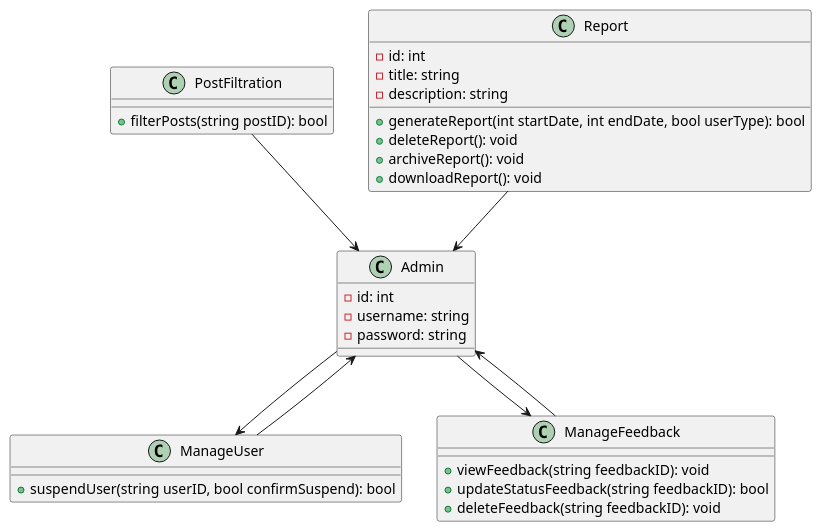
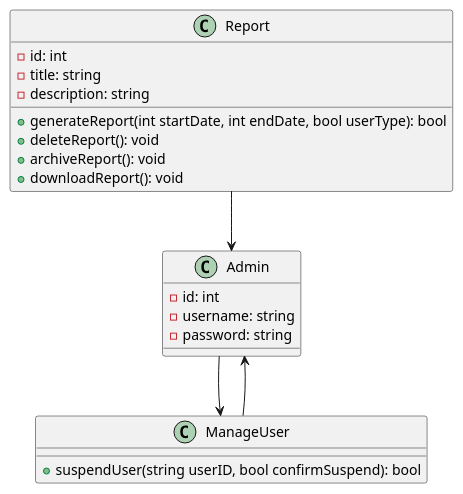
Before and after one commit to drshahizan/software-engineering: the diagram in project/drawio/Systema/SDD/AdminReportingModuke/admin_reporting_classdiagram.plantuml, drawn with PlantUML. The commit also changed 3 other files, not shown here.

```diff
--- a/project/drawio/Systema/SDD/AdminReportingModuke/admin_reporting_classdiagram.plantuml
+++ b/project/drawio/Systema/SDD/AdminReportingModuke/admin_reporting_classdiagram.plantuml
@@ -1,40 +1,27 @@
-@startuml admin_reporting_classdiagram
+@startuml
 class Admin {
     - id: int
     - username: string
     - password: string
   }
 
   class ManageUser {
     + suspendUser(string userID, bool confirmSuspend): bool
   }
 
-  class ManageFeedback {
-    + viewFeedback(string feedbackID): void
-    + updateStatusFeedback(string feedbackID): bool
-    + deleteFeedback(string feedbackID): void
-  }
-
-  class PostFiltration {
-    + filterPosts(string postID): bool
-  }
 
   class Report {
     - id: int
     - title: string
     - description: string
     + generateReport(int startDate, int endDate, bool userType): bool
     + deleteReport(): void
     + archiveReport(): void
     + downloadReport(): void
   }
 
 
 Admin --> ManageUser
-Admin --> ManageFeedback
 ManageUser --> Admin
-ManageFeedback --> Admin
-PostFiltration --> Admin
 Report --> Admin
-
-@enduml 
+@enduml
```
